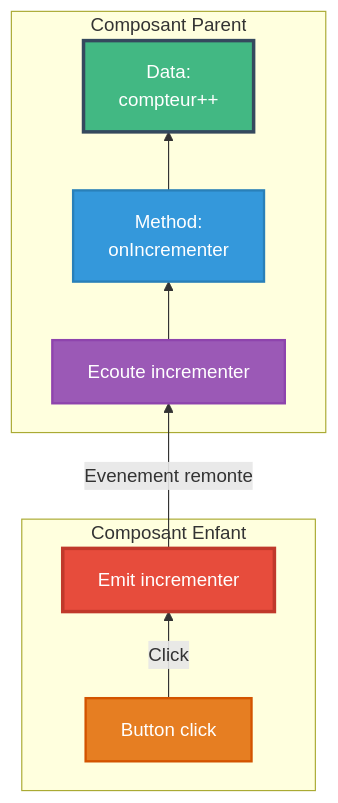
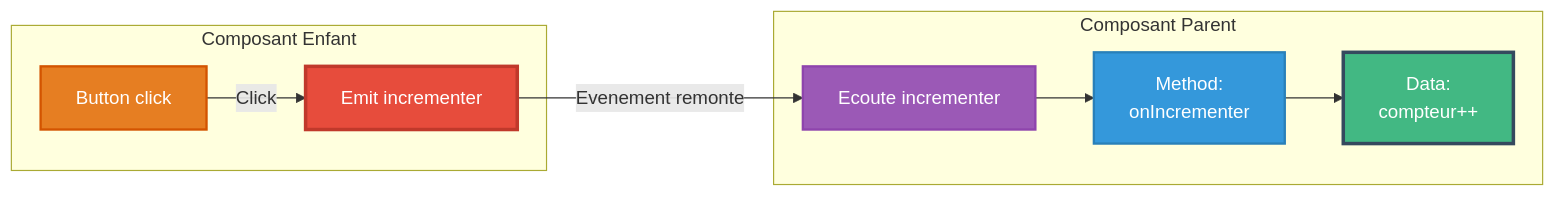
Before and after one commit to JSurquin/pylowt: the fourth of 6 diagrams in pages/module1-introduction-bases.md, drawn with Mermaid. The commit also changed other lines of this file and 16 other files, not shown here.

````diff
--- a/pages/module1-introduction-bases.md
+++ b/pages/module1-introduction-bases.md
@@ -1514,24 +1490,24 @@
 ```mermaid
-graph BT
+graph LR
     subgraph Enfant["Composant Enfant"]
         EB[Button click]
         EM[Emit incrementer]
     end
     
     subgraph Parent["Composant Parent"]
         PE[Ecoute incrementer]
         PM[Method:<br/>onIncrementer]
         PD[Data:<br/>compteur++]
     end
     
     EB -->|Click| EM
     EM -->|Evenement remonte| PE
     PE --> PM
     PM --> PD
     
     style EB fill:#e67e22,stroke:#d35400,stroke-width:2px,color:#fff
     style EM fill:#e74c3c,stroke:#c0392b,stroke-width:3px,color:#fff
     style PE fill:#9b59b6,stroke:#8e44ad,stroke-width:2px,color:#fff
     style PM fill:#3498db,stroke:#2980b9,stroke-width:2px,color:#fff
     style PD fill:#42b883,stroke:#35495e,stroke-width:3px,color:#fff
 ```
````
